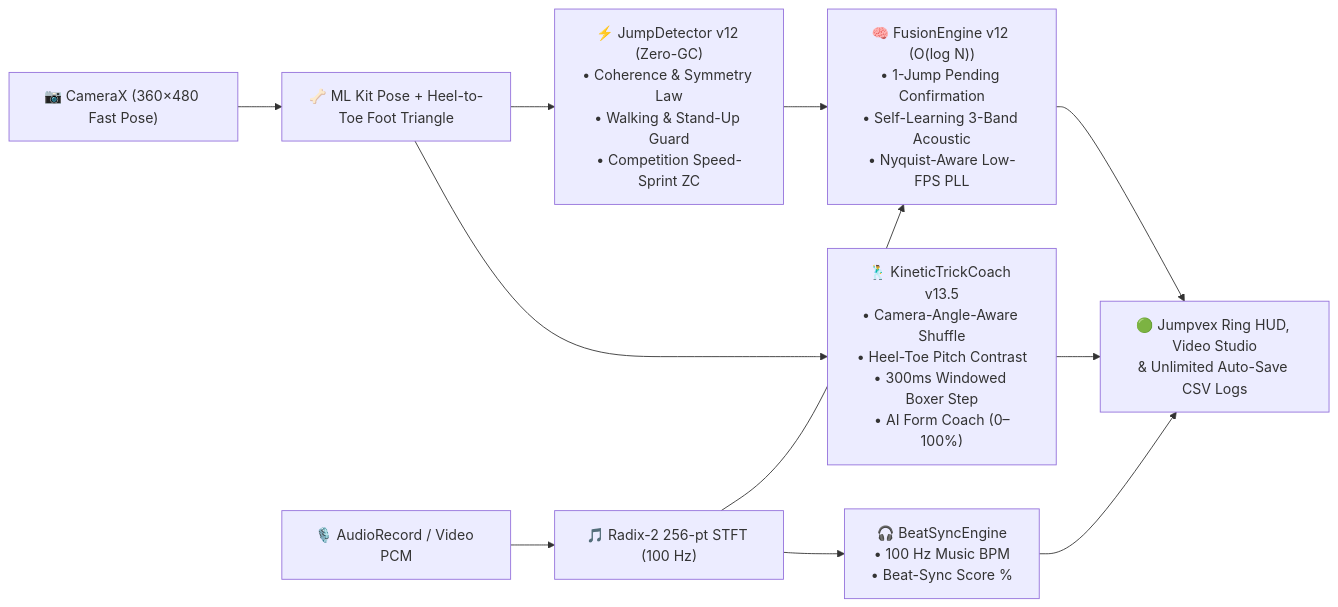
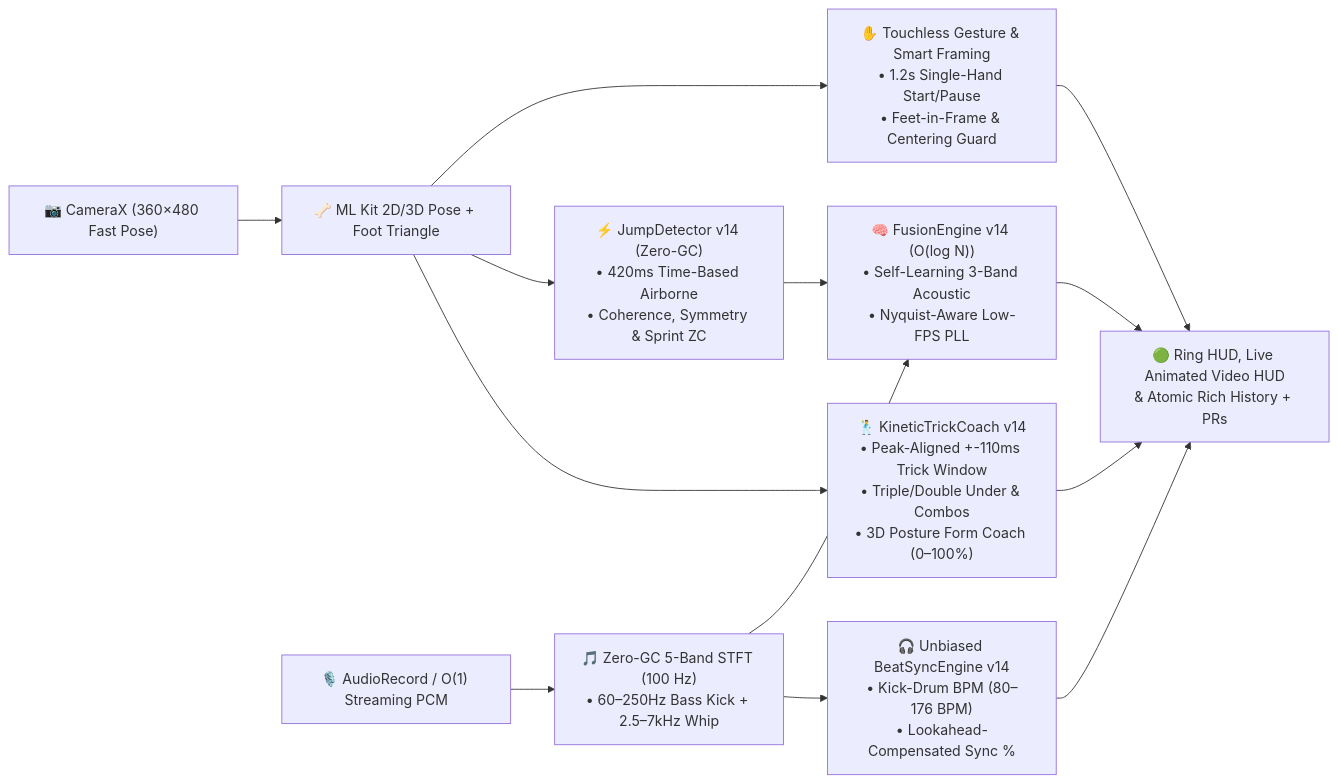
One commit to iganramdani/Jumpix changed the diagram in README.md. Above: the diagram before and after it, drawn with Mermaid. The commit also changed other lines of this file and 29 other files, not shown here.

````diff
--- a/README.md
+++ b/README.md
@@ -92,13 +92,15 @@
 ```mermaid
 flowchart LR
-    CAM["📷 CameraX (360×480 Fast Pose)"] --> ML["🦴 ML Kit Pose + Heel-to-Toe Foot Triangle"]
-    MIC["🎙️ AudioRecord / Video PCM"] --> STFT["🎵 Radix-2 256-pt STFT (100 Hz)"]
-    ML --> JD["⚡ JumpDetector v12 (Zero-GC)\n• Coherence & Symmetry Law\n• Walking & Stand-Up Guard\n• Competition Speed-Sprint ZC"]
-    STFT --> FE["🧠 FusionEngine v12 (O(log N))\n• 1-Jump Pending Confirmation\n• Self-Learning 3-Band Acoustic\n• Nyquist-Aware Low-FPS PLL"]
+    CAM["📷 CameraX (360×480 Fast Pose)"] --> ML["🦴 ML Kit 2D/3D Pose + Foot Triangle"]
+    MIC["🎙️ AudioRecord / O(1) Streaming PCM"] --> STFT["🎵 Zero-GC 5-Band STFT (100 Hz)\n• 60–250Hz Bass Kick + 2.5–7kHz Whip"]
+    ML --> TG["✋ Touchless Gesture & Smart Framing\n• 1.2s Single-Hand Start/Pause\n• Feet-in-Frame & Centering Guard"]
+    ML --> JD["⚡ JumpDetector v14 (Zero-GC)\n• 420ms Time-Based Airborne\n• Coherence, Symmetry & Sprint ZC"]
+    STFT --> FE["🧠 FusionEngine v14 (O(log N))\n• Self-Learning 3-Band Acoustic\n• Nyquist-Aware Low-FPS PLL"]
     JD --> FE
-    ML --> KT["🕺 KineticTrickCoach v13.5\n• Camera-Angle-Aware Shuffle\n• Heel-Toe Pitch Contrast\n• 300ms Windowed Boxer Step\n• AI Form Coach (0–100%)"]
-    STFT --> BS["🎧 BeatSyncEngine\n• 100 Hz Music BPM\n• Beat-Sync Score %"]
-    FE --> UI["🟢 Jumpvex Ring HUD, Video Studio\n& Unlimited Auto-Save CSV Logs"]
+    ML --> KT["🕺 KineticTrickCoach v14\n• Peak-Aligned +-110ms Trick Window\n• Triple/Double Under & Combos\n• 3D Posture Form Coach (0–100%)"]
+    STFT --> BS["🎧 Unbiased BeatSyncEngine v14\n• Kick-Drum BPM (80–176 BPM)\n• Lookahead-Compensated Sync %"]
+    FE --> UI["🟢 Ring HUD, Live Animated Video HUD\n& Atomic Rich History + PRs"]
     KT --> UI
     BS --> UI
+    TG --> UI
 ```
````
